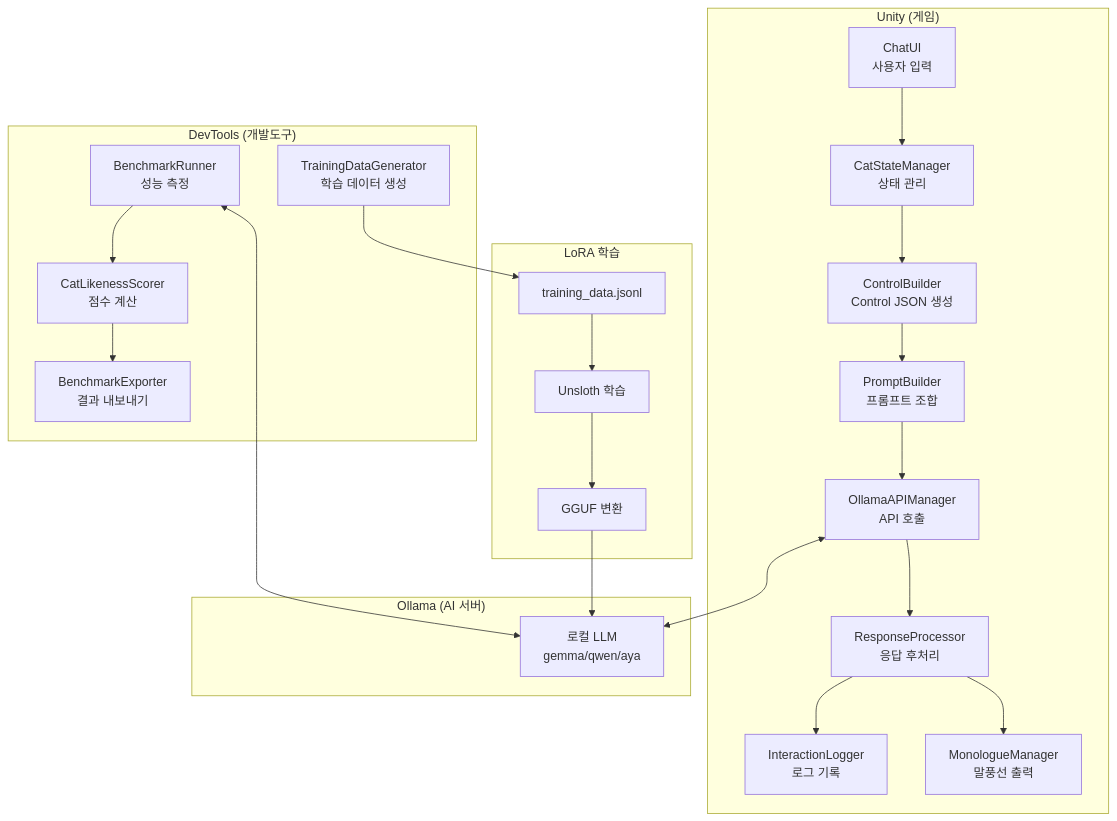
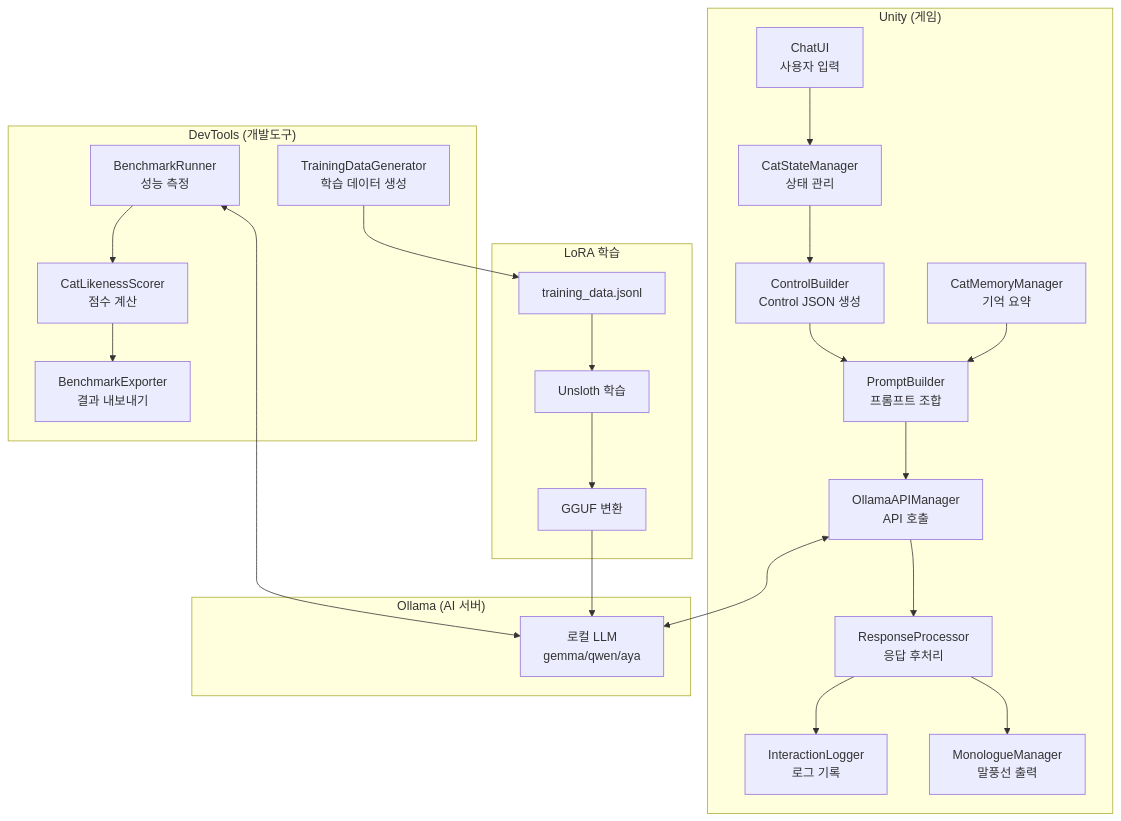
Before and after one commit to sjsr-0401/CatTalk2D: the first of 15 diagrams in docs/ARCHITECTURE.md, drawn with Mermaid. The commit also changed other lines of this file and 29 other files, not shown here.

````diff
--- a/docs/ARCHITECTURE.md
+++ b/docs/ARCHITECTURE.md
@@ -17,48 +18,50 @@
 ```mermaid
 flowchart TB
     subgraph Unity ["Unity (게임)"]
         UI[ChatUI<br/>사용자 입력]
         State[CatStateManager<br/>상태 관리]
         Control[ControlBuilder<br/>Control JSON 생성]
+        Memory[CatMemoryManager<br/>기억 요약]
         Prompt[PromptBuilder<br/>프롬프트 조합]
         API[OllamaAPIManager<br/>API 호출]
         Response[ResponseProcessor<br/>응답 후처리]
         Logger[InteractionLogger<br/>로그 기록]
         Mono[MonologueManager<br/>말풍선 출력]
     end
 
     subgraph Ollama ["Ollama (AI 서버)"]
         LLM[로컬 LLM<br/>gemma/qwen/aya]
     end
 
     subgraph DevTools ["DevTools (개발도구)"]
         Bench[BenchmarkRunner<br/>성능 측정]
         Scorer[CatLikenessScorer<br/>점수 계산]
         TrainGen[TrainingDataGenerator<br/>학습 데이터 생성]
         Export[BenchmarkExporter<br/>결과 내보내기]
     end
 
     subgraph LoRA ["LoRA 학습"]
         Data[training_data.jsonl]
         Train[Unsloth 학습]
         GGUF[GGUF 변환]
     end
 
     UI --> State
     State --> Control
     Control --> Prompt
+    Memory --> Prompt
     Prompt --> API
     API <--> LLM
     API --> Response
     Response --> Logger
     Response --> Mono
 
     Bench <--> LLM
     Bench --> Scorer
     Scorer --> Export
 
     TrainGen --> Data
     Data --> Train
     Train --> GGUF
     GGUF --> LLM
 ```
````
